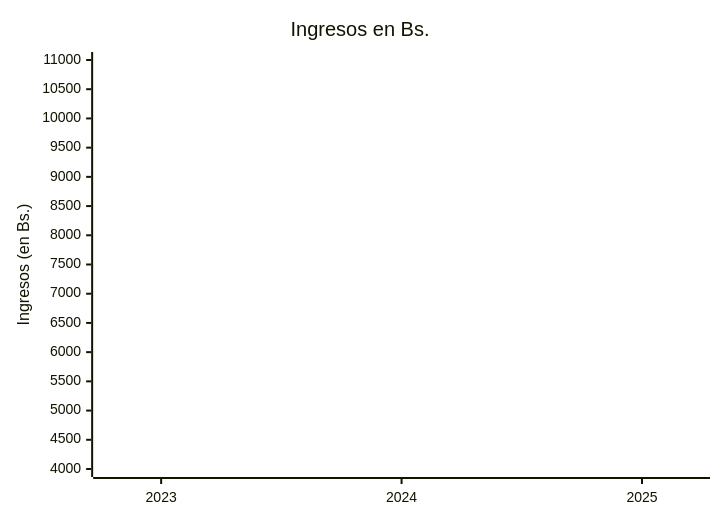
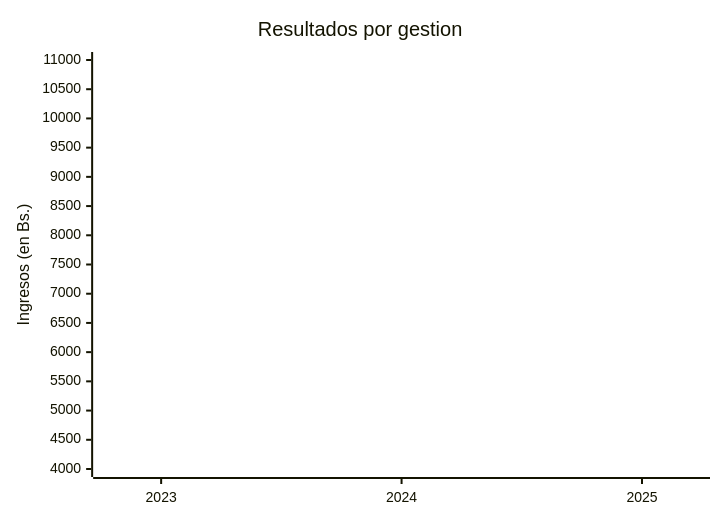
One commit to Condominio-Santa-Maria/.github changed the diagram in profile/README.md. Above: the diagram before and after it, drawn with Mermaid.

````diff
--- a/profile/README.md
+++ b/profile/README.md
@@ -17,9 +17,9 @@
 ```mermaid
 xychart-beta
-    title "Ingresos en Bs."
+    title "Resultados por gestion"
     x-axis [2023, 2024, 2025]
     y-axis "Ingresos (en Bs.)" 4000 --> 11000
     bar [0, 0, 0]
     line [0, 0, 0]
 
 ```
````
